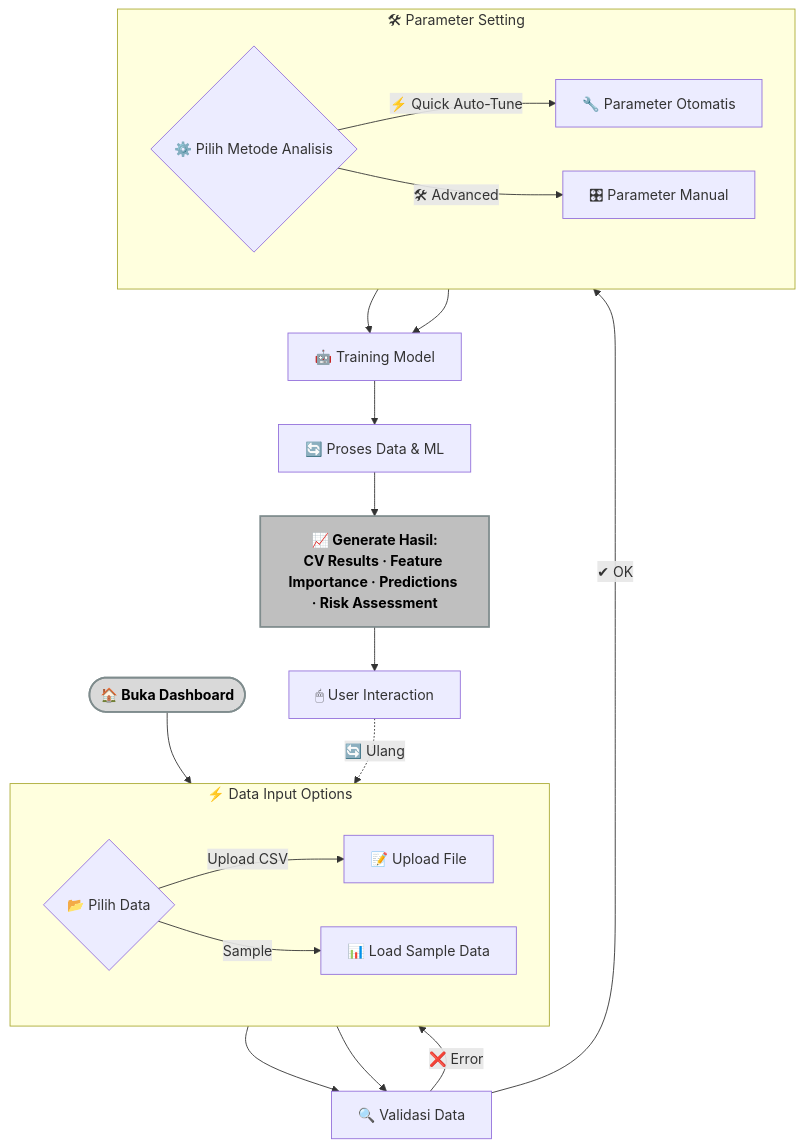
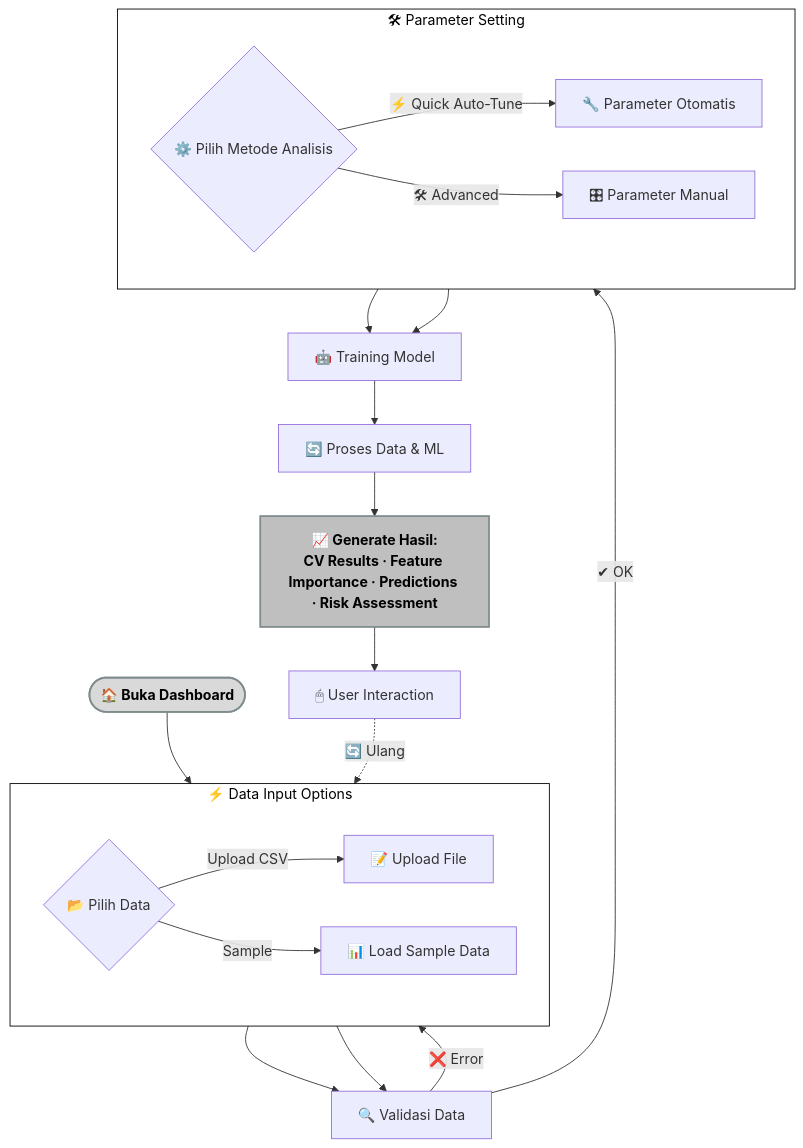
One commit to akbaralqahri/food_security_forecasting changed the diagram in flowchart.md. Above: the diagram before and after it, drawn with Mermaid. The commit also changed 2 other files, not shown here.

Commit message:
update dikit judul doang

````diff
--- a/flowchart.md
+++ b/flowchart.md
@@ -1,43 +1,51 @@
 ```mermaid
+%%{init: {"theme": "default", "themeVariables": {"background":"transparent"}} }%%
 flowchart TD
     %% === START ===
     Start([🏠 Buka Dashboard]):::start --> Upload{📂 Pilih Data}
     
     %% === UPLOAD DATA ===
     subgraph InputData [⚡ Data Input Options]
         direction LR
         Upload -->|Upload CSV| File[📝 Upload File]
         Upload -->|Sample| Sample[📊 Load Sample Data]
     end
     
     File --> Validate[🔍 Validasi Data]
     Sample --> Validate
     
     Validate -->|❌ Error| Upload
     Validate -->|✔ OK| Method{⚙️ Pilih Metode Analisis}
     
     %% === METODE ===
     subgraph Param [🛠 Parameter Setting]
         direction LR
         Method -->|⚡ Quick Auto-Tune| Quick[🔧 Parameter Otomatis]
         Method -->|🛠 Advanced| Manual[🎛 Parameter Manual]
     end
     
     Quick --> Train[🤖 Training Model]
     Manual --> Train
     
     Train --> Process[🔄 Proses Data & ML]
     
     %% === HASIL ===
     Process --> Results[📈 Generate Hasil:<br/>CV Results · Feature Importance · Predictions · Risk Assessment]:::results
     
     %% === INTERAKSI ===
     Results --> Interact[🖱 User Interaction]
     Interact -.->|🔄 Ulang| Upload
     
     %% === NETRAL STYLE DEFINITIONS ===
     classDef start fill:#d9d9d9,stroke:#7f8c8d,stroke-width:2px,color:#000,font-weight:bold;
     classDef results fill:#bfbfbf,stroke:#7f8c8d,stroke-width:2px,color:#000,font-weight:bold;
 
+    %% Hilangkan background untuk semua node
+    classDef transparent fill:none,stroke:#000,stroke-width:1px,color:#000;
+    class * transparent;
+
+    %% Hilangkan background subgraph
+    style InputData fill:none,stroke:#000,color:#000
+    style Param fill:none,stroke:#000,color:#000
 
 ```
````
